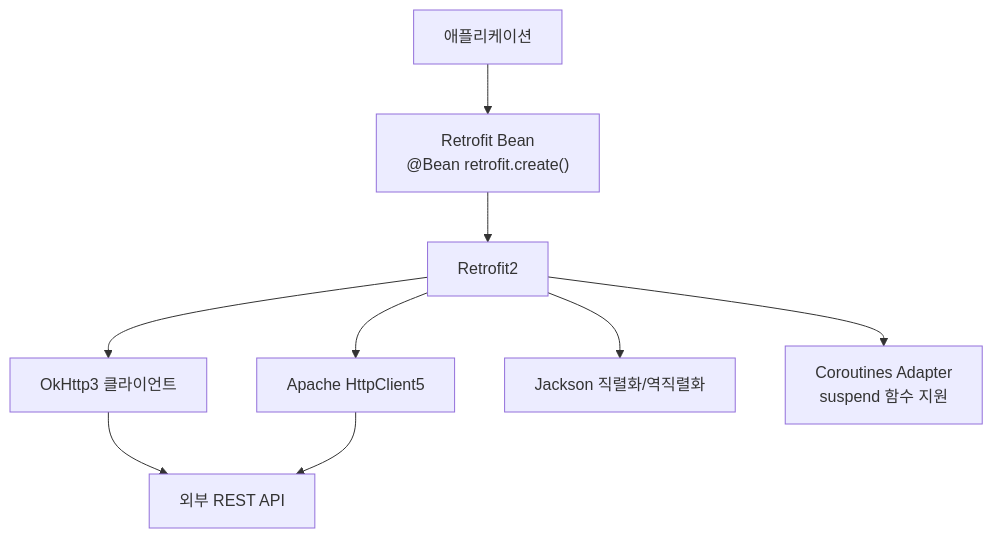
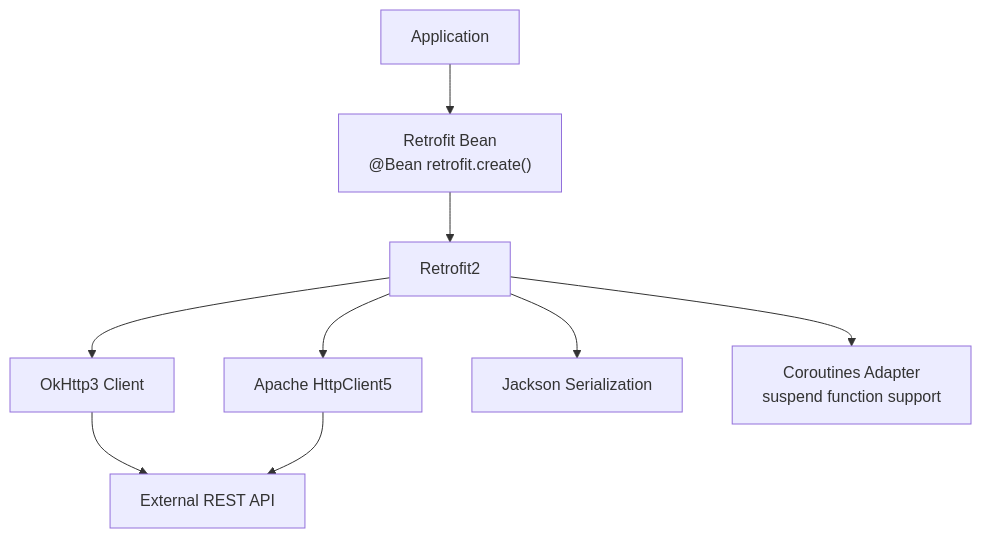
One commit to bluetape4k/bluetape4k-projects changed the third of 4 diagrams in spring-boot3/core/README.md. Above: the diagram before and after it, drawn with Mermaid. The commit also changed other lines of this file and 265 other files, not shown here.

````diff
--- a/spring-boot3/core/README.md
+++ b/spring-boot3/core/README.md
@@ -126,11 +128,11 @@
 ```mermaid
 flowchart TD
-    App["애플리케이션"] --> RetrofitBean["Retrofit Bean<br/>@Bean retrofit.create<T>()"]
+    App["Application"] --> RetrofitBean["Retrofit Bean<br/>@Bean retrofit.create<T>()"]
     RetrofitBean --> Retrofit2["Retrofit2"]
-    Retrofit2 --> OkHttp["OkHttp3 클라이언트"]
+    Retrofit2 --> OkHttp["OkHttp3 Client"]
     Retrofit2 --> HttpClient5["Apache HttpClient5"]
-    Retrofit2 --> Jackson["Jackson 직렬화/역직렬화"]
-    Retrofit2 --> CoroutinesAdapter["Coroutines Adapter<br/>suspend 함수 지원"]
-    OkHttp --> ExternalAPI["외부 REST API"]
+    Retrofit2 --> Jackson["Jackson Serialization"]
+    Retrofit2 --> CoroutinesAdapter["Coroutines Adapter<br/>suspend function support"]
+    OkHttp --> ExternalAPI["External REST API"]
     HttpClient5 --> ExternalAPI
 ```
````
